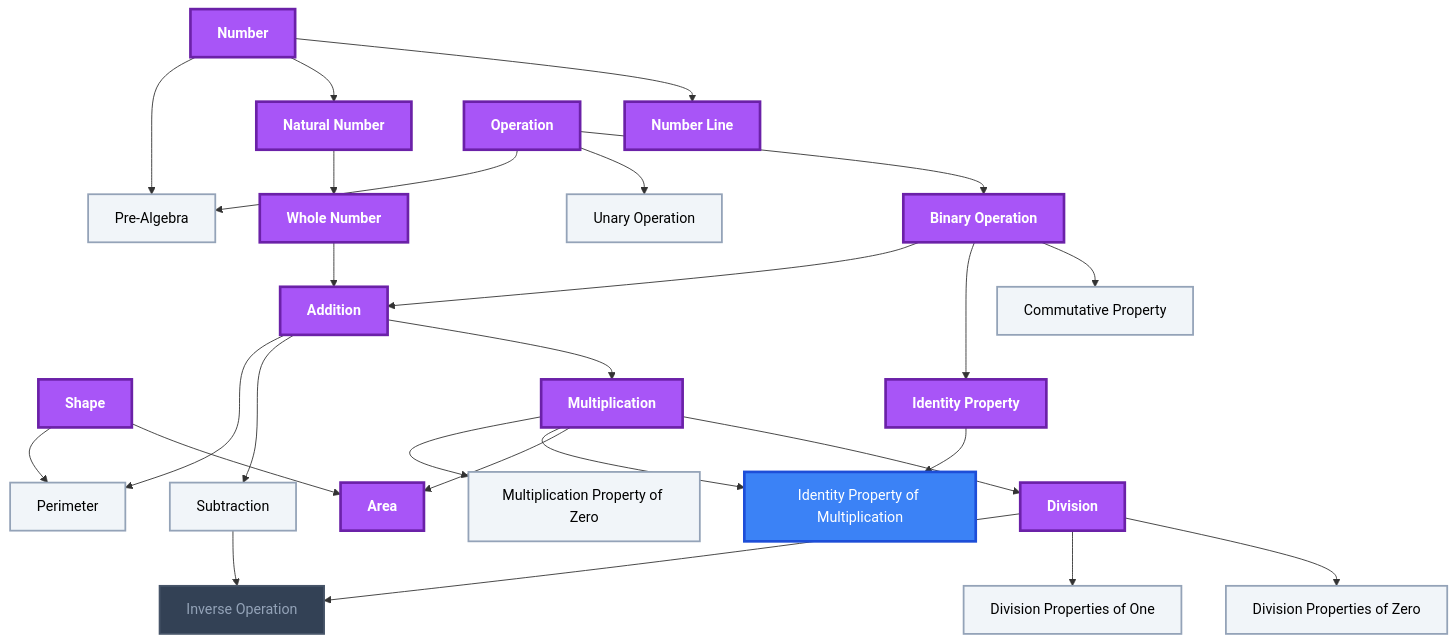
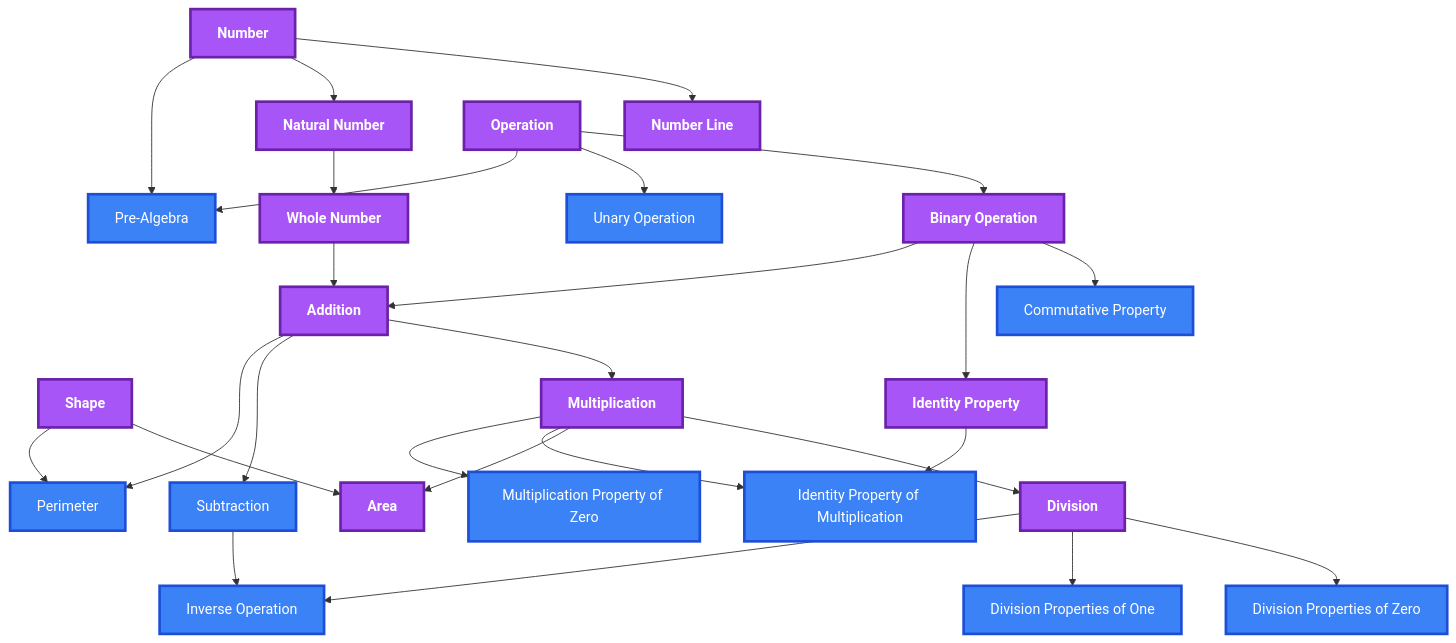
The first of 10 diagrams in Gamification/Skill Trees/Pre-Algebra.md (MRauf1/My-Notes), drawn with Mermaid before and after one commit. The commit also changed other lines of this file and 145 other files, not shown here.

````diff
--- a/Gamification/Skill Trees/Pre-Algebra.md
+++ b/Gamification/Skill Trees/Pre-Algebra.md
@@ -17,64 +17,62 @@
 ```mermaid
 flowchart TD
     classDef planned fill:#1E293B,stroke:#64748B,stroke-width:2px,stroke-dasharray:5 5,color:#94A3B8;
     classDef locked fill:#334155,stroke:#475569,stroke-width:2px,color:#94A3B8;
     classDef L0 fill:#F1F5F9,stroke:#94A3B8,stroke-width:2px,color:#000000;
     classDef L1 fill:#22C55E,stroke:#15803D,stroke-width:2px,color:#000000;
     classDef L2 fill:#3B82F6,stroke:#1D4ED8,stroke-width:3px,color:#FFFFFF;
     classDef L3 fill:#A855F7,stroke:#6B21A8,stroke-width:3px,color:#FFFFFF,font-weight:bold;
     classDef L4 fill:#F97316,stroke:#C2410C,stroke-width:4px,color:#000000,font-weight:bold;
     classDef L5 fill:#FFD700,stroke:#FF8C00,stroke-width:5px,color:#000000,font-weight:bold;
     classDef rusty stroke:#8B4513,stroke-width:4px,stroke-dasharray:3 3;
     n_pre_algebra["Pre-Algebra"]
     n_number["Number"]
     n_natural_number["Natural Number"]
     n_whole_number["Whole Number"]
     n_number_line["Number Line"]
     n_operation["Operation"]
     n_unary_operation["Unary Operation"]
     n_binary_operation["Binary Operation"]
     n_shape["Shape"]
     n_addition["Addition"]
     n_identity_property["Identity Property"]
     n_commutative_property["Commutative Property"]
     n_perimeter["Perimeter"]
     n_subtraction["Subtraction"]
     n_multiplication["Multiplication"]
     n_multiplication_property_of_zero["Multiplication Property of Zero"]
     n_identity_property_of_multiplication["Identity Property of Multiplication"]
     n_area["Area"]
     n_division["Division"]
     n_inverse_operation["Inverse Operation"]
     n_division_properties_of_one["Division Properties of One"]
     n_division_properties_of_zero["Division Properties of Zero"]
     n_number --> n_pre_algebra
     n_operation --> n_pre_algebra
     n_number --> n_natural_number
     n_natural_number --> n_whole_number
     n_number --> n_number_line
     n_operation --> n_unary_operation
     n_operation --> n_binary_operation
     n_whole_number --> n_addition
     n_binary_operation --> n_addition
     n_binary_operation --> n_identity_property
     n_binary_operation --> n_commutative_property
     n_shape --> n_perimeter
     n_addition --> n_perimeter
     n_addition --> n_subtraction
     n_addition --> n_multiplication
     n_multiplication --> n_multiplication_property_of_zero
     n_identity_property --> n_identity_property_of_multiplication
     n_multiplication --> n_identity_property_of_multiplication
     n_shape --> n_area
     n_multiplication --> n_area
     n_multiplication --> n_division
     n_subtraction --> n_inverse_operation
     n_division --> n_inverse_operation
     n_division --> n_division_properties_of_one
     n_division --> n_division_properties_of_zero
-    class n_inverse_operation locked;
-    class n_pre_algebra,n_unary_operation,n_commutative_property,n_perimeter,n_subtraction,n_multiplication_property_of_zero,n_division_properties_of_one,n_division_properties_of_zero L0;
-    class n_identity_property_of_multiplication L2;
+    class n_pre_algebra,n_unary_operation,n_commutative_property,n_perimeter,n_subtraction,n_multiplication_property_of_zero,n_identity_property_of_multiplication,n_inverse_operation,n_division_properties_of_one,n_division_properties_of_zero L2;
     class n_number,n_natural_number,n_whole_number,n_number_line,n_operation,n_binary_operation,n_shape,n_addition,n_identity_property,n_multiplication,n_area,n_division L3;
     class n_pre_algebra,n_number,n_natural_number,n_whole_number,n_number_line,n_operation,n_unary_operation,n_binary_operation,n_shape,n_addition,n_identity_property,n_commutative_property,n_perimeter,n_subtraction,n_multiplication,n_multiplication_property_of_zero,n_identity_property_of_multiplication,n_area,n_division,n_inverse_operation,n_division_properties_of_one,n_division_properties_of_zero internal-link;
 ```
````
